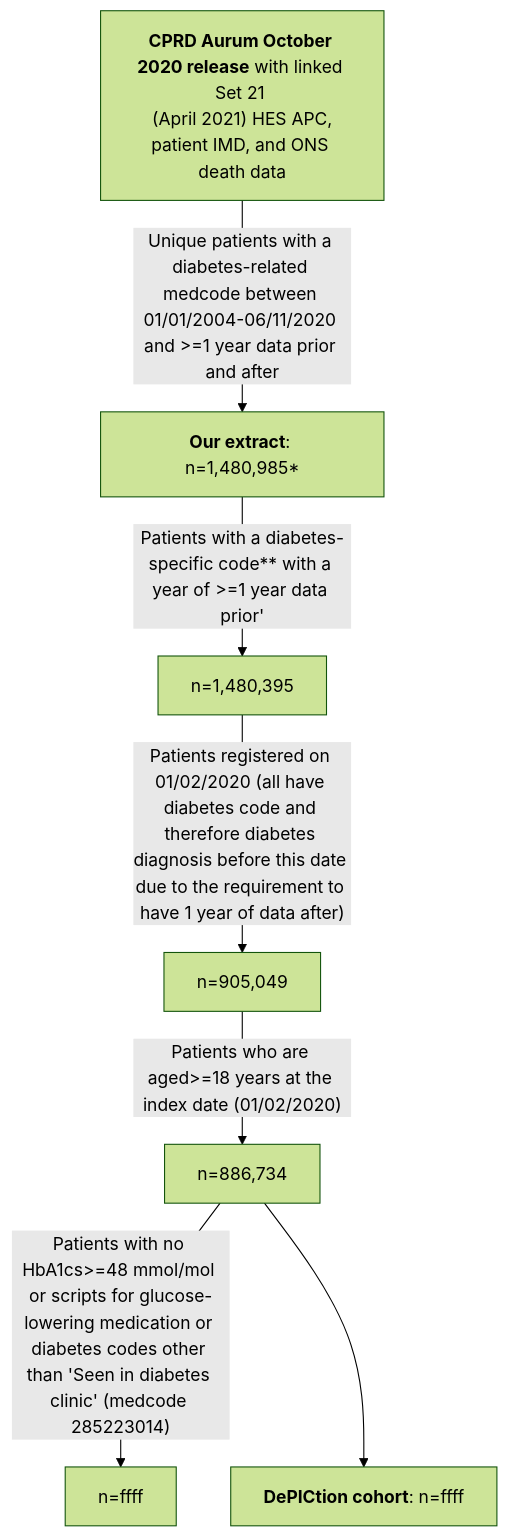
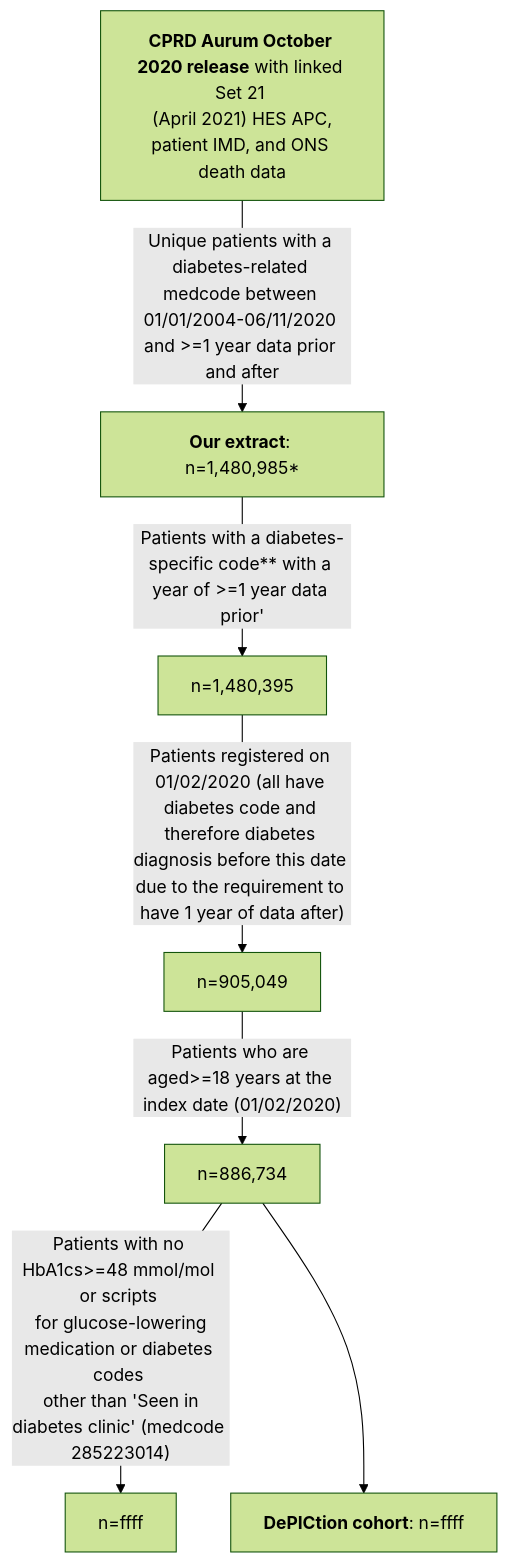
Before and after one commit to Exeter-Diabetes/CPRD-Katie-DePICtion-Scripts: the diagram in README.md, drawn with Mermaid (forest theme).

````diff
--- a/README.md
+++ b/README.md
@@ -9,9 +9,9 @@
 ```mermaid
 graph TD;
     A["<b>CPRD Aurum October 2020 release</b> with linked Set 21 <br> (April 2021) HES APC, patient IMD, and ONS death data"] --> |"Unique patients with a diabetes-related medcode between 01/01/2004-06/11/2020 and >=1 year data prior and after"| B["<b>Our extract</b>: n=1,480,985*"]
     B -->|"Patients with a diabetes-specific code** with a year of >=1 year data prior'"|C["n=1,480,395"]
     C -->|"Patients registered on 01/02/2020 (all have diabetes code and therefore diabetes diagnosis before this date due to the requirement to have 1 year of data after)"|D["n=905,049"]
     D -->|"Patients who are aged>=18 years at the index date (01/02/2020)"|E["n=886,734"]
-    E -->|"Patients with no HbA1cs>=48 mmol/mol or scripts for glucose-lowering medication or diabetes codes other than 'Seen in diabetes clinic' (medcode 285223014)"|G["n=ffff"]
+    E -->|"Patients with no HbA1cs>=48 mmol/mol or scripts <br> for glucose-lowering medication or diabetes codes <br> other than 'Seen in diabetes clinic' (medcode 285223014)"|G["n=ffff"]
     E --> F["<b>DePICtion cohort</b>: n=ffff"]
 ```
````
